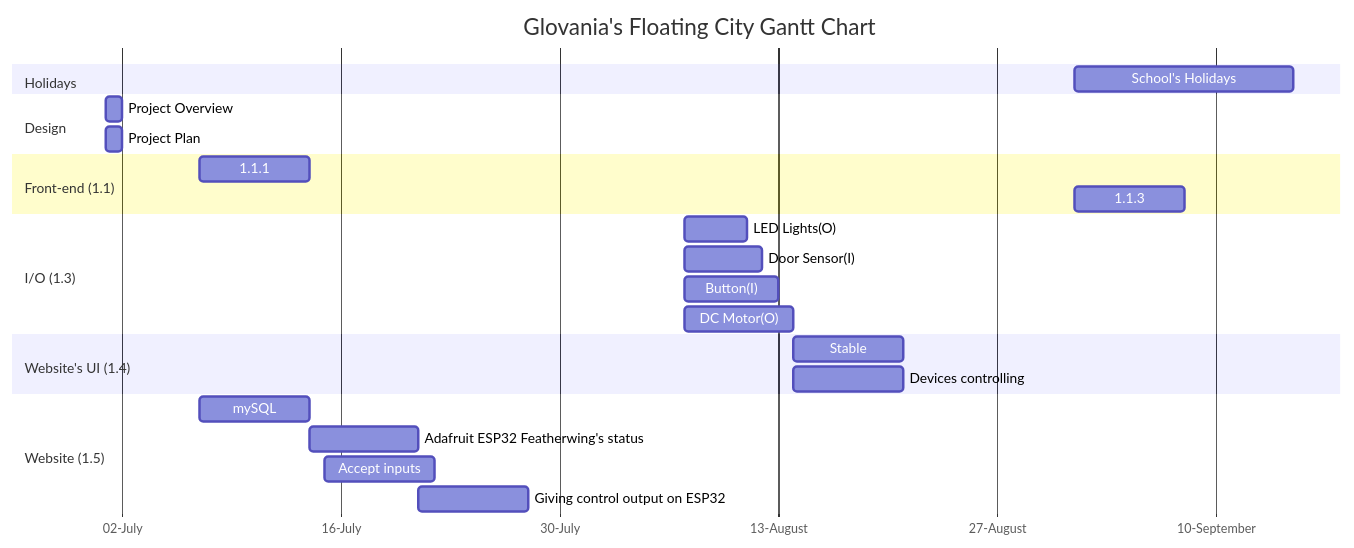
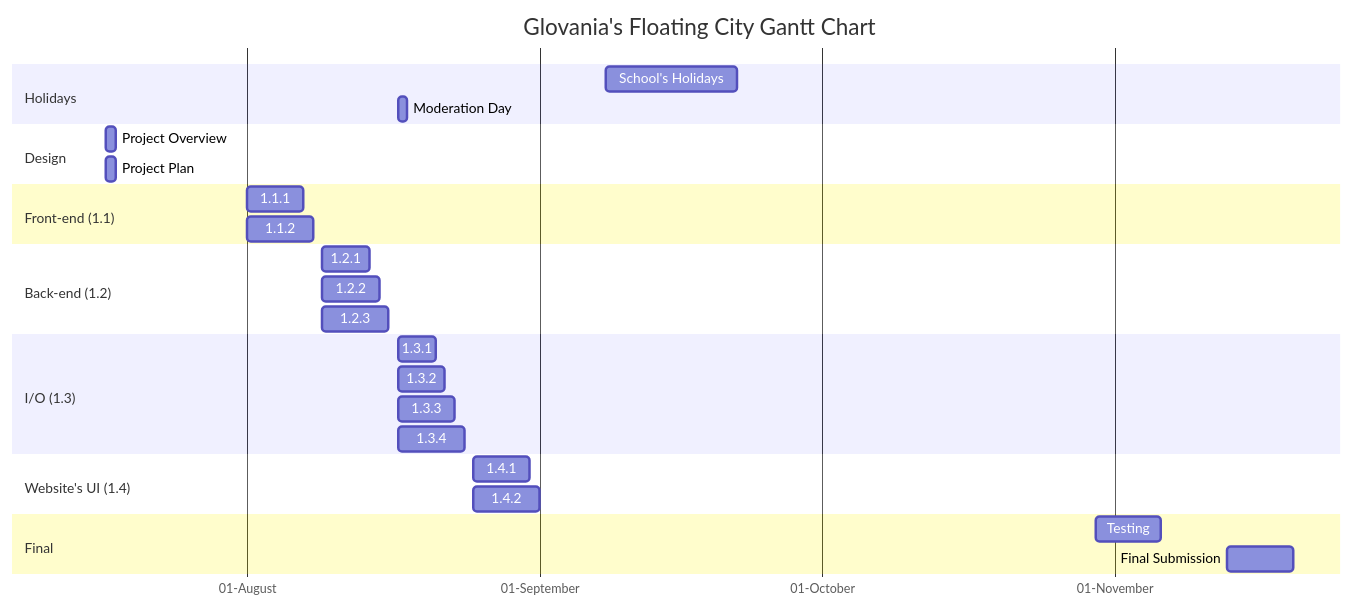
The diagram in RoadMap.md (Glovania/Floating-City), drawn with Mermaid before and after one commit.

Commit message:
:pencil: Re-order RoadMap (not finish)

````diff
--- a/RoadMap.md
+++ b/RoadMap.md
@@ -1,42 +1,45 @@
 ```mermaid
 gantt
     title Glovania's Floating City Gantt Chart
     dateFormat DD-MM-YYYY
     axisFormat %d-%B
-    tickInterval 2week
+    tickInterval 1month
 
 
     section Holidays
-    School's Holidays: 01-09-2023, 14d
+    School's Holidays: 08-09-2023, 14d
+    Moderation Day: 17-08-2023, 1d
 
 
     section Design
-    Project Overview: 01-07-2023, 1d
-    Project Plan: 01-07-2023, 1d
+    Project Overview: 17-07-2023, 1d
+    Project Plan: 17-07-2023, 1d
 
 
     section Front-end (1.1)
-    1.1.1: 07-07-2023, 7d
-    1.1.3: 01-09-2023, 7d
+    1.1.1: 01-08-2023, 6d
+    1.1.2: 01-08-2023, 7d
+
 
     section Back-end (1.2)
+    1.2.1: 09-08-2023, 5d
+    1.2.2: 09-08-2023, 6d
+    1.2.3: 09-08-2023, 7d
 
 
     section I/O (1.3)
-    LED Lights(O): 07-08-2023, 4d
-    Door Sensor(I): 07-08-2023, 5d
-    Button(I): 07-08-2023, 6d
-    DC Motor(O): 07-08-2023, 7d
+    1.3.1: 17-08-2023, 4d
+    1.3.2: 17-08-2023, 5d
+    1.3.3: 17-08-2023, 6d
+    1.3.4: 17-08-2023, 7d
 
 
     section Website's UI (1.4)
-    Stable: 14-08-2023, 7d
-    Devices controlling: 14-08-2023, 7d
-    
+    1.4.1: 25-08-2023, 6d
+    1.4.2: 25-08-2023, 7d
 
-    section Website (1.5)
-    mySQL: 07-07-2023, 7d
-    Adafruit ESP32 Featherwing's status: 14-07-2023, 7d
-    Accept inputs: 15-07-2023, 7d
-    Giving control output on ESP32: 21-07-2023, 7d
+
+    section Final
+    Testing: 30-10-2023, 7d
+    Final Submission: 13-11-2023, 7d
 ```
````
